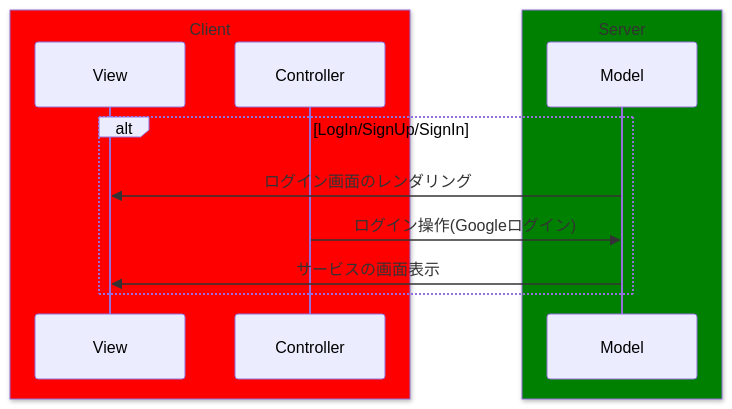
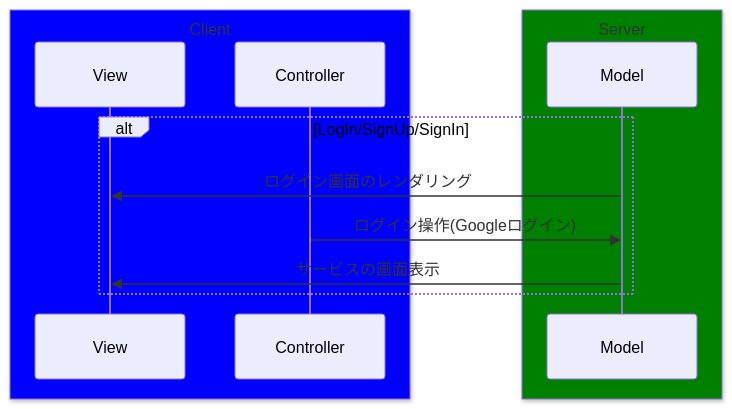
Before and after one commit to Tiamat-KIT/wantlistapp: the diagram in README.md, drawn with Mermaid.

````diff
--- a/README.md
+++ b/README.md
@@ -16,15 +16,15 @@
 ```mermaid
 sequenceDiagram
- box red Client
+ box blue Client
  participant View
  participant Controller
  end
  box green Server
  participant Model
  end
  alt LogIn/SignUp/SignIn
  Model->>View:ログイン画面のレンダリング
  Controller->>Model:ログイン操作(Googleログイン)
  Model->>View:サービスの画面表示
  end
 ```
````
